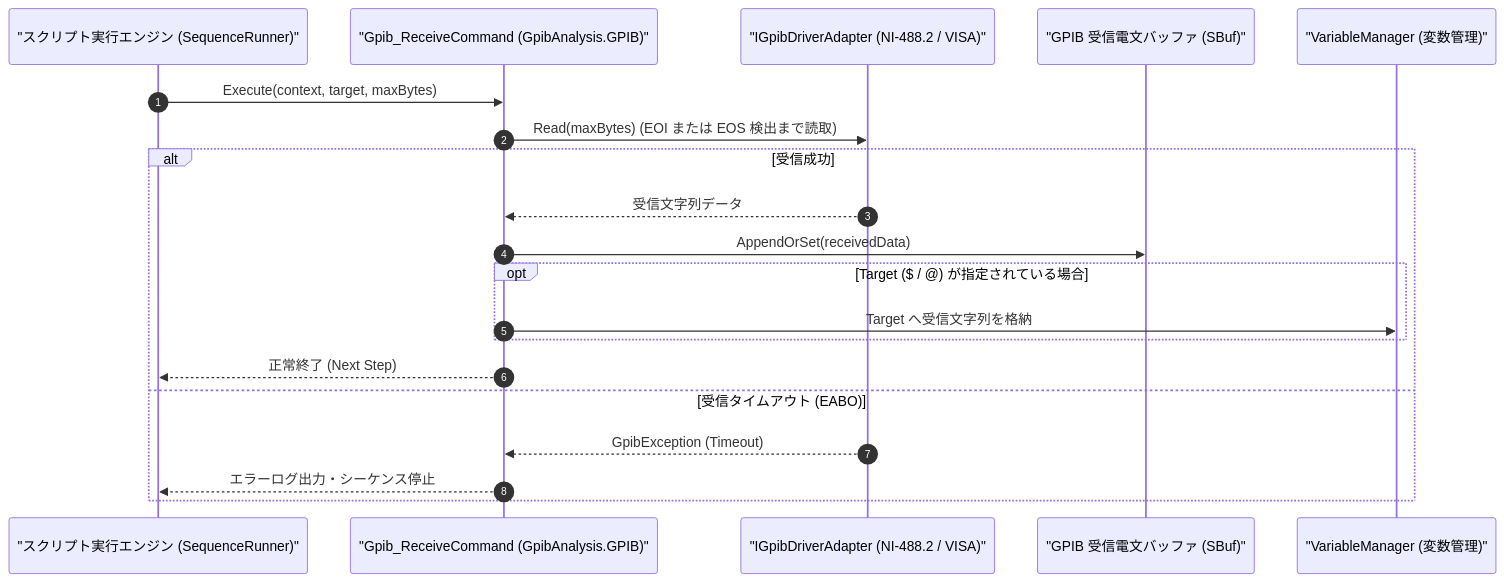
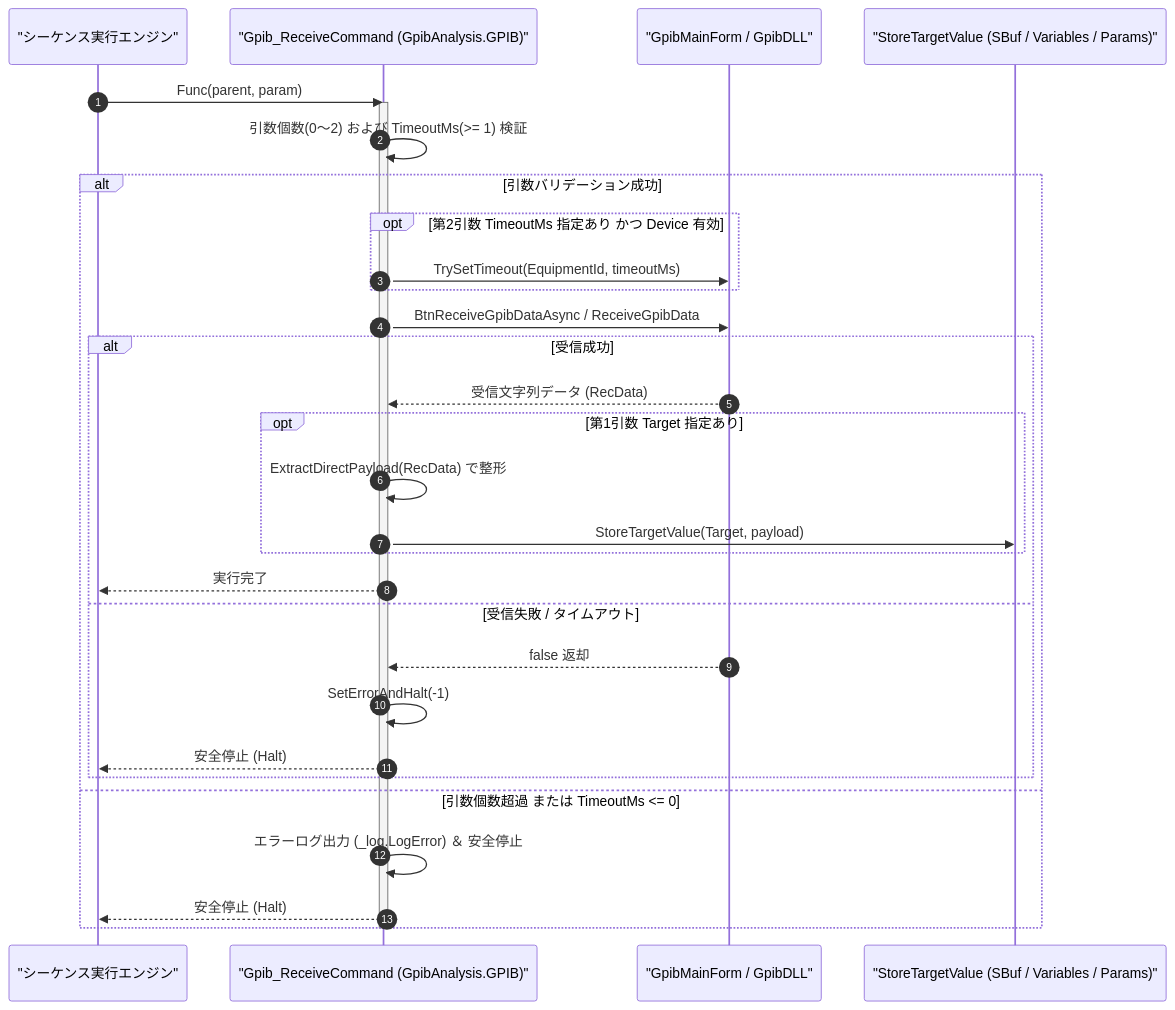
The diagram in Manual/GPIB/Gpib_Receive.Md (Monaca-App/GpibAddIn), drawn with Mermaid before and after one commit. The commit also changed other lines of this file and 30 other files, not shown here.

````diff
--- a/Manual/GPIB/Gpib_Receive.Md
+++ b/Manual/GPIB/Gpib_Receive.Md
@@ -67,23 +68,34 @@
 ```mermaid
 sequenceDiagram
     autonumber
-    participant Script as "スクリプト実行エンジン (SequenceRunner)"
+    participant Script as "シーケンス実行エンジン"
     participant Cmd as "Gpib_ReceiveCommand (GpibAnalysis.GPIB)"
-    participant Drv as "IGpibDriverAdapter (NI-488.2 / VISA)"
-    participant SBuf as "GPIB 受信電文バッファ (SBuf)"
-    participant Var as "VariableManager (変数管理)"
+    participant Host as "GpibMainForm / GpibDLL"
+    participant Var as "StoreTargetValue (SBuf / Variables / Params)"
 
-    Script->>Cmd: Execute(context, target, maxBytes)
-    Cmd->>Drv: Read(maxBytes) (EOI または EOS 検出まで読取)
-    alt 受信成功
-        Drv-->>Cmd: 受信文字列データ
-        Cmd->>SBuf: AppendOrSet(receivedData)
-        opt Target ($ / @) が指定されている場合
-            Cmd->>Var: Target へ受信文字列を格納
+    Script->>Cmd: Func(parent, param)
+    activate Cmd
+    Cmd->>Cmd: 引数個数(0〜2) および TimeoutMs(>= 1) 検証
+    alt 引数バリデーション成功
+        opt 第2引数 TimeoutMs 指定あり かつ Device 有効
+            Cmd->>Host: TrySetTimeout(EquipmentId, timeoutMs)
         end
-        Cmd-->>Script: 正常終了 (Next Step)
-    else 受信タイムアウト (EABO)
-        Drv-->>Cmd: GpibException (Timeout)
-        Cmd-->>Script: エラーログ出力・シーケンス停止
+        Cmd->>Host: BtnReceiveGpibDataAsync / ReceiveGpibData
+        alt 受信成功
+            Host-->>Cmd: 受信文字列データ (RecData)
+            opt 第1引数 Target 指定あり
+                Cmd->>Cmd: ExtractDirectPayload(RecData) で整形
+                Cmd->>Var: StoreTargetValue(Target, payload)
+            end
+            Cmd-->>Script: 実行完了
+        else 受信失敗 / タイムアウト
+            Host-->>Cmd: false 返却
+            Cmd->>Cmd: SetErrorAndHalt(-1)
+            Cmd-->>Script: 安全停止 (Halt)
+        end
+    else 引数個数超過 または TimeoutMs <= 0
+        Cmd->>Cmd: エラーログ出力 (_log.LogError) ＆ 安全停止
+        Cmd-->>Script: 安全停止 (Halt)
     end
+    deactivate Cmd
 ```
````
